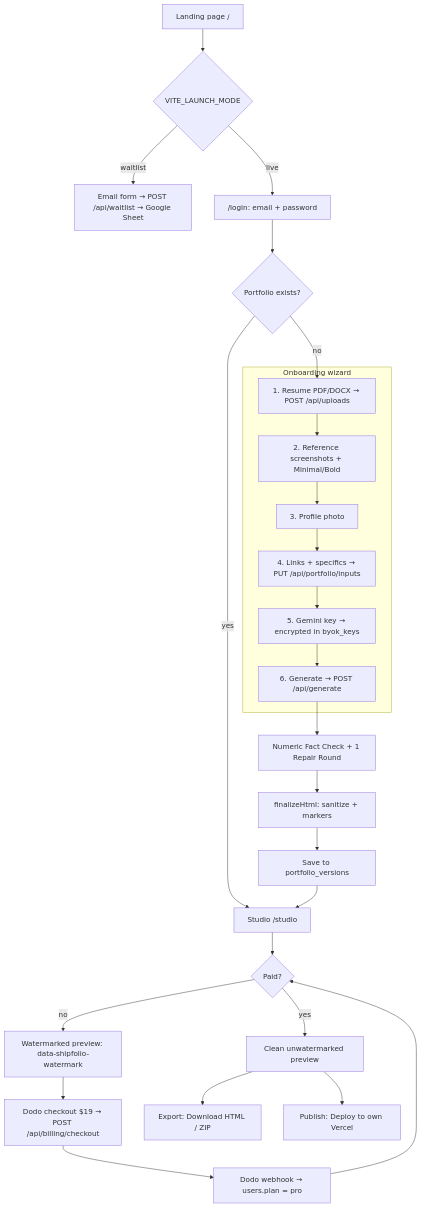
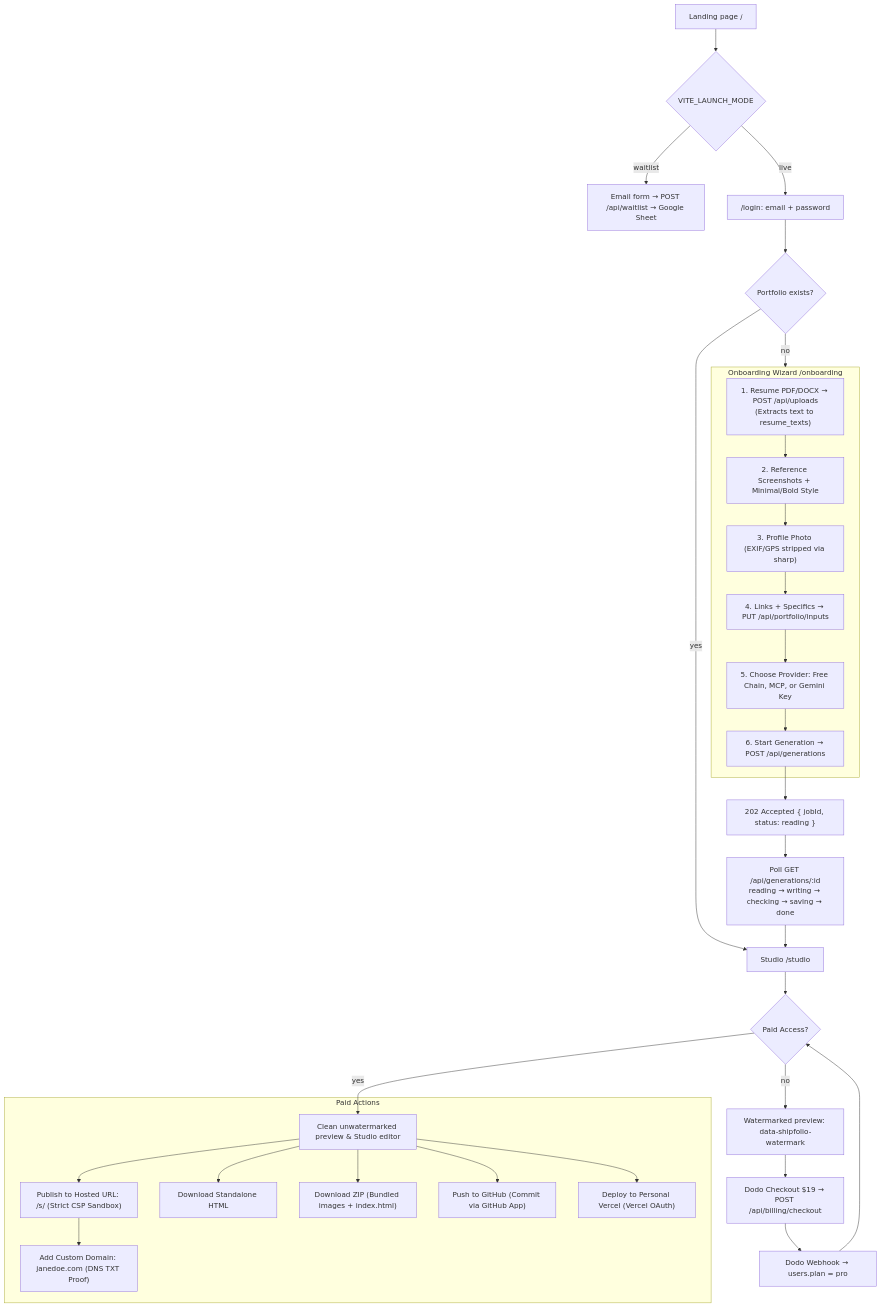
Before and after one commit to Suryavamshi99/portfolio-builder-saas: the first of 4 diagrams in userflow.md, drawn with Mermaid. The commit also changed other lines of this file and 5 other files, not shown here.

Commit message:
docs: refresh API, README, ARCHITECTURE and userflow with shipped features

````diff
--- a/userflow.md
+++ b/userflow.md
@@ -16,31 +16,37 @@
 ```mermaid
 flowchart TD
     A["Landing page /"] --> B{"VITE_LAUNCH_MODE"}
     B -- "waitlist" --> W["Email form → POST /api/waitlist → Google Sheet"]
     B -- "live" --> L["/login: email + password"]
     L --> L2{"Portfolio exists?"}
-    L2 -- "no" --> S1
-    L2 -- "yes" --> ST
+    L2 -- "no" --> WIZ
+    L2 -- "yes" --> ST["Studio /studio"]
 
-    subgraph WIZ["Onboarding wizard"]
-        S1["1. Resume PDF/DOCX → POST /api/uploads"] --> S2["2. Reference screenshots + Minimal/Bold"]
-        S2 --> S3["3. Profile photo"]
-        S3 --> S4["4. Links + specifics → PUT /api/portfolio/inputs"]
-        S4 --> S5["5. Gemini key → encrypted in byok_keys"]
-        S5 --> S6["6. Generate → POST /api/generate"]
+    subgraph WIZ["Onboarding Wizard /onboarding"]
+        S1["1. Resume PDF/DOCX → POST /api/uploads<br/>(Extracts text to resume_texts)"] --> S2["2. Reference Screenshots + Minimal/Bold Style"]
+        S2 --> S3["3. Profile Photo (EXIF/GPS stripped via sharp)"]
+        S3 --> S4["4. Links + Specifics → PUT /api/portfolio/inputs"]
+        S4 --> S5["5. Choose Provider: Free Chain, MCP, or Gemini Key"]
+        S5 --> S6["6. Start Generation → POST /api/generations"]
     end
 
-    S6 --> FCK["Numeric Fact Check + 1 Repair Round"]
-    FCK --> FIN["finalizeHtml: sanitize + markers"]
-    FIN --> VER["Save to portfolio_versions"]
-    VER --> ST["Studio /studio"]
+    S6 --> JOB["202 Accepted { jobId, status: reading }"]
+    JOB --> POLL["Poll GET /api/generations/:id<br/>reading → writing → checking → saving → done"]
+    POLL --> ST
 
-    ST --> P{"Paid?"}
+    ST --> P{"Paid Access?"}
     P -- "no" --> WTR["Watermarked preview: data-shipfolio-watermark"]
-    WTR --> PAY["Dodo checkout $19 → POST /api/billing/checkout"]
-    PAY --> DODO["Dodo webhook → users.plan = pro"]
+    WTR --> PAY["Dodo Checkout $19 → POST /api/billing/checkout"]
+    PAY --> DODO["Dodo Webhook → users.plan = pro"]
     DODO --> P
-    P -- "yes" --> CLN["Clean unwatermarked preview"]
-    CLN --> EXP["Export: Download HTML / ZIP"]
-    CLN --> VCL["Publish: Deploy to own Vercel"]
+    P -- "yes" --> CLN["Clean unwatermarked preview & Studio editor"]
+
+    subgraph ACTIONS["Paid Actions"]
+        CLN --> PUB["Publish to Hosted URL: /s/<slug> (Strict CSP Sandbox)"]
+        PUB --> DOM["Add Custom Domain: janedoe.com (DNS TXT Proof)"]
+        CLN --> EXP1["Download Standalone HTML"]
+        CLN --> EXP2["Download ZIP (Bundled images + index.html)"]
+        CLN --> EXP3["Push to GitHub (Commit via GitHub App)"]
+        CLN --> EXP4["Deploy to Personal Vercel (Vercel OAuth)"]
+    end
 ```
````
